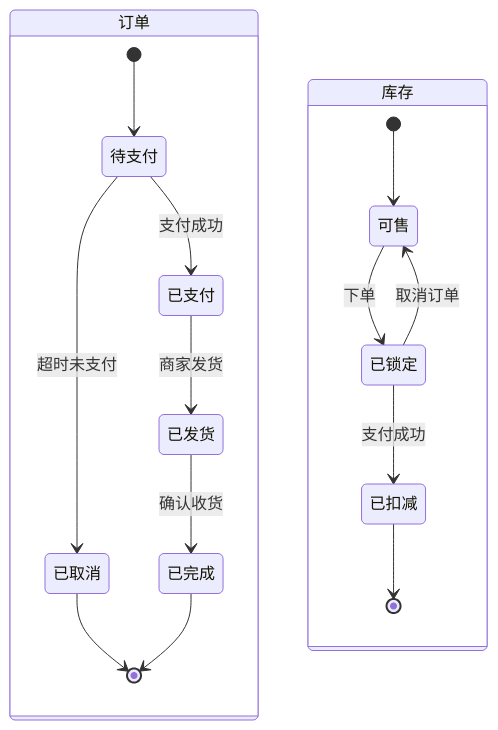
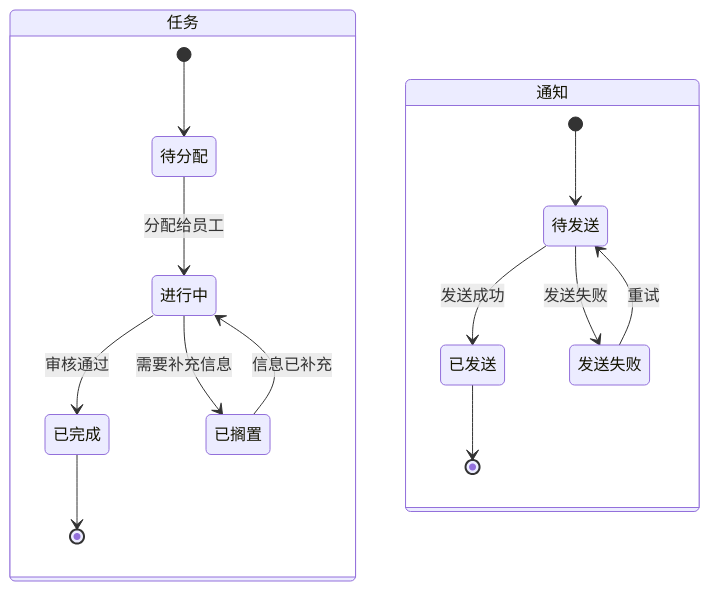
One commit to YxY09/ReqDesign-Agent changed the second of 2 diagrams in prompts/state_diagram.md. Above: the diagram before and after it, drawn with Mermaid. The commit also changed other lines of this file, not shown here.

Commit message:
docs: replace domain-specific examples in state_diagram prompt with generic guidance

````diff
--- a/prompts/state_diagram.md
+++ b/prompts/state_diagram.md
@@ -52,19 +60,18 @@
 ```mermaid
 stateDiagram-v2
-    state "订单" as Order {
-        [*] --> 待支付
-        待支付 --> 已支付 : 支付成功
-        待支付 --> 已取消 : 超时未支付
-        已支付 --> 已发货 : 商家发货
-        已发货 --> 已完成 : 确认收货
-        已取消 --> [*]
+    state "任务" as Task {
+        [*] --> 待分配
+        待分配 --> 进行中 : 分配给员工
+        进行中 --> 已完成 : 审核通过
+        进行中 --> 已搁置 : 需要补充信息
+        已搁置 --> 进行中 : 信息已补充
         已完成 --> [*]
     }
-    state "库存" as Inventory {
-        [*] --> 可售
-        可售 --> 已锁定 : 下单
-        已锁定 --> 已扣减 : 支付成功
-        已锁定 --> 可售 : 取消订单
-        已扣减 --> [*]
+    state "通知" as Notification {
+        [*] --> 待发送
+        待发送 --> 已发送 : 发送成功
+        待发送 --> 发送失败 : 发送失败
+        发送失败 --> 待发送 : 重试
+        已发送 --> [*]
     }
 ```
````
